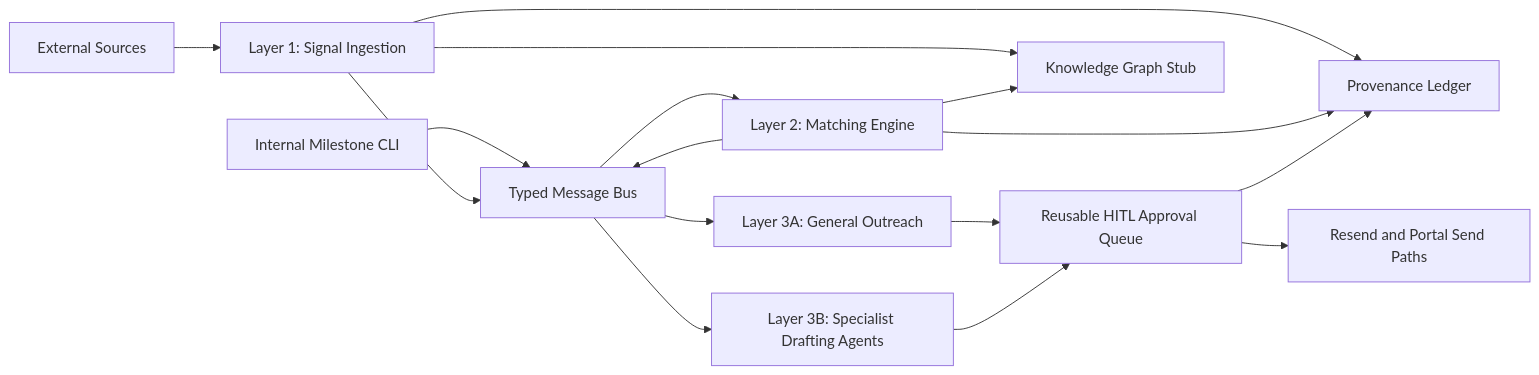
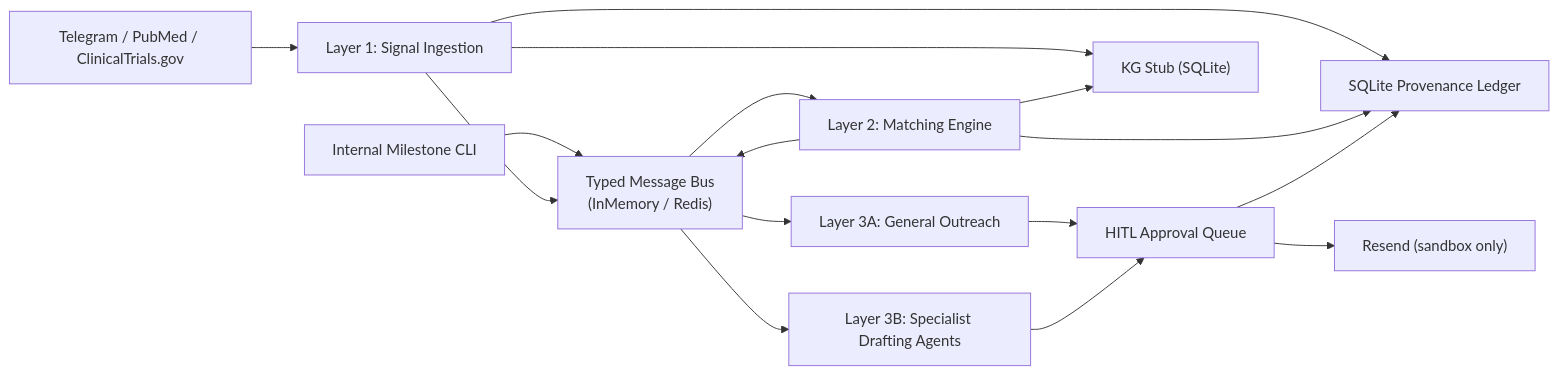
Before and after one commit to ali-nawaz-dev/cureforge-comms-mvp: the diagram in README.md, drawn with Mermaid. The commit also changed other lines of this file and 106 other files, not shown here.

````diff
--- a/README.md
+++ b/README.md
@@ -120,18 +27,18 @@
 ```mermaid
 flowchart LR
-  ExternalSources["External Sources"] --> Layer1["Layer 1: Signal Ingestion"]
-  InternalMilestones["Internal Milestone CLI"] --> Bus["Typed Message Bus"]
+  ExternalSources["Telegram / PubMed / ClinicalTrials.gov"] --> Layer1["Layer 1: Signal Ingestion"]
+  MilestoneCLI["Internal Milestone CLI"] --> Bus["Typed Message Bus\n(InMemory / Redis)"]
   Layer1 --> Bus
   Bus --> Layer2["Layer 2: Matching Engine"]
   Layer2 --> Bus
   Bus --> Layer3A["Layer 3A: General Outreach"]
   Bus --> Layer3B["Layer 3B: Specialist Drafting Agents"]
-  Layer3A --> HITL["Reusable HITL Approval Queue"]
+  Layer3A --> HITL["HITL Approval Queue"]
   Layer3B --> HITL
-  HITL --> Senders["Resend and Portal Send Paths"]
-  Layer1 --> Ledger["Provenance Ledger"]
+  HITL --> Resend["Resend (sandbox only)"]
+  Layer1 --> Ledger["SQLite Provenance Ledger"]
   Layer2 --> Ledger
   HITL --> Ledger
-  Layer1 --> KGStub["Knowledge Graph Stub"]
-  Layer2 --> KGStub
+  Layer1 --> KG["KG Stub (SQLite)"]
+  Layer2 --> KG
 ```
````
